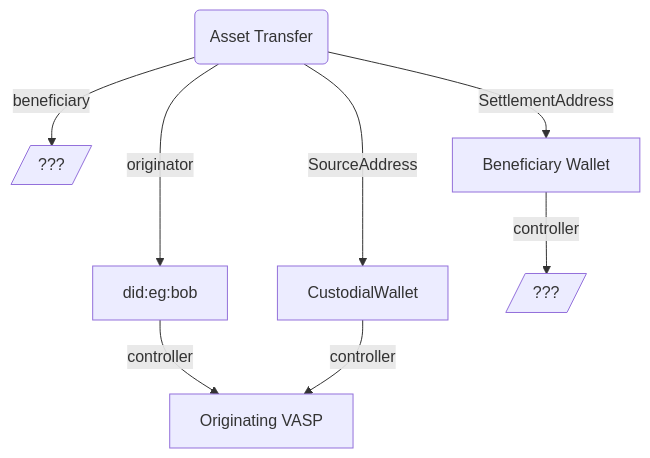
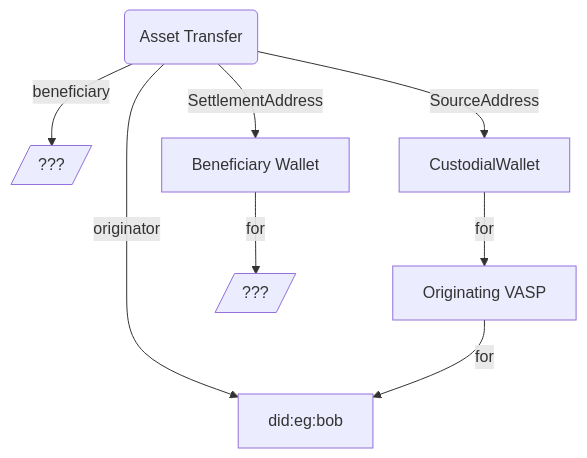
One commit to TransactionAuthorizationProtocol/TAIPs changed the first of 3 diagrams in TAIPs/taip-5.md. Above: the diagram before and after it, drawn with Mermaid. The commit also changed other lines of this file and 1 other file, not shown here.

````diff
--- a/TAIPs/taip-5.md
+++ b/TAIPs/taip-5.md
@@ -271,11 +133,11 @@
 ```mermaid
 graph TD
     Transfer(Asset Transfer) --->|originator| Customer[did:eg:bob]
     Transfer -->|beneficiary| Beneficiary[/???/]
     Transfer -->|SourceAddress| CustodialWallet
-    Customer -->|controller| OriginatingVASP[Originating VASP]
-    CustodialWallet -->|controller| OriginatingVASP
+    OriginatingVASP[Originating VASP] -->|for| Customer
+    CustodialWallet -->|for| OriginatingVASP
     Transfer -->|SettlementAddress| Wallet[Beneficiary Wallet]
-    Wallet -->|controller| Unknown[/???/]
+    Wallet -->|for| Unknown[/???/]
 
 ```
````
